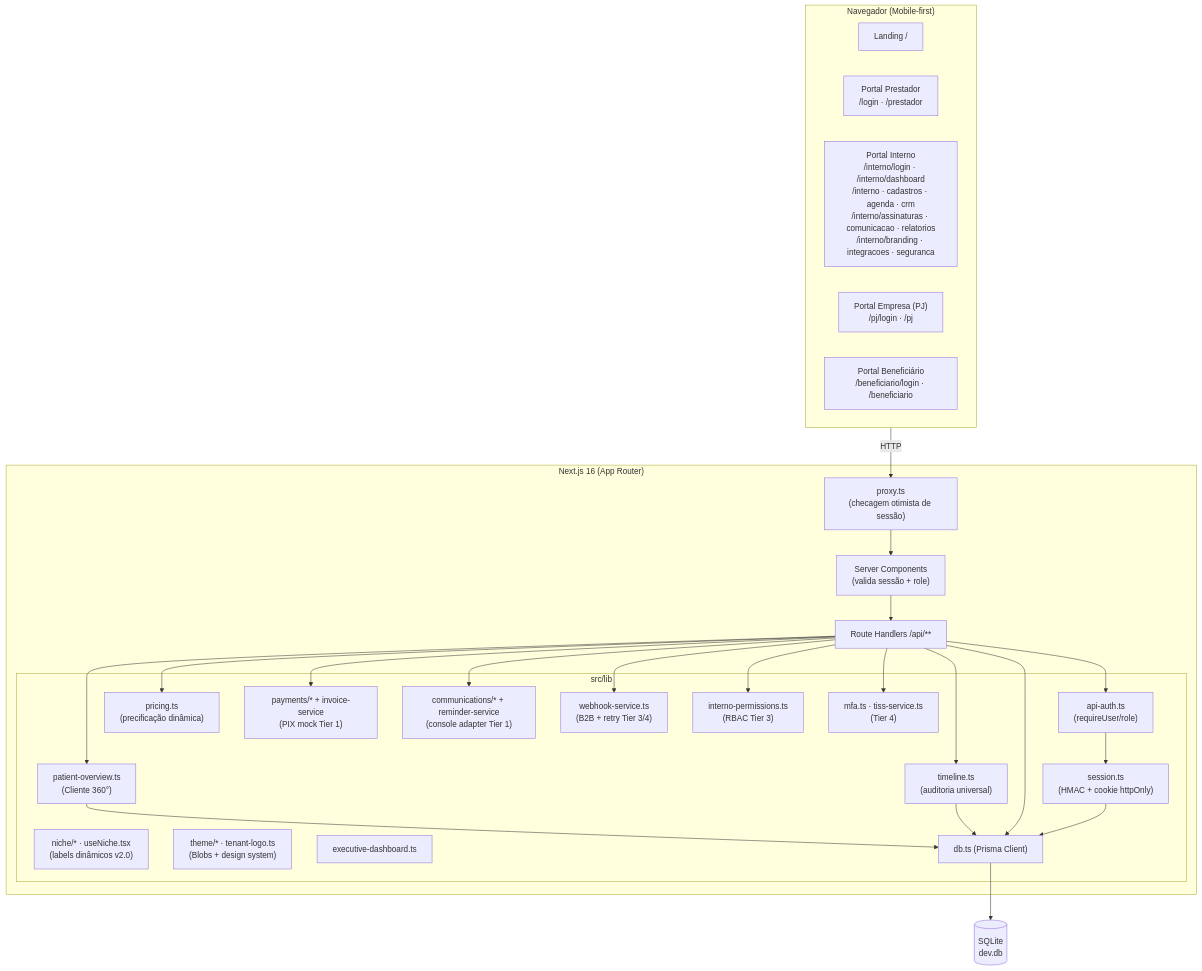
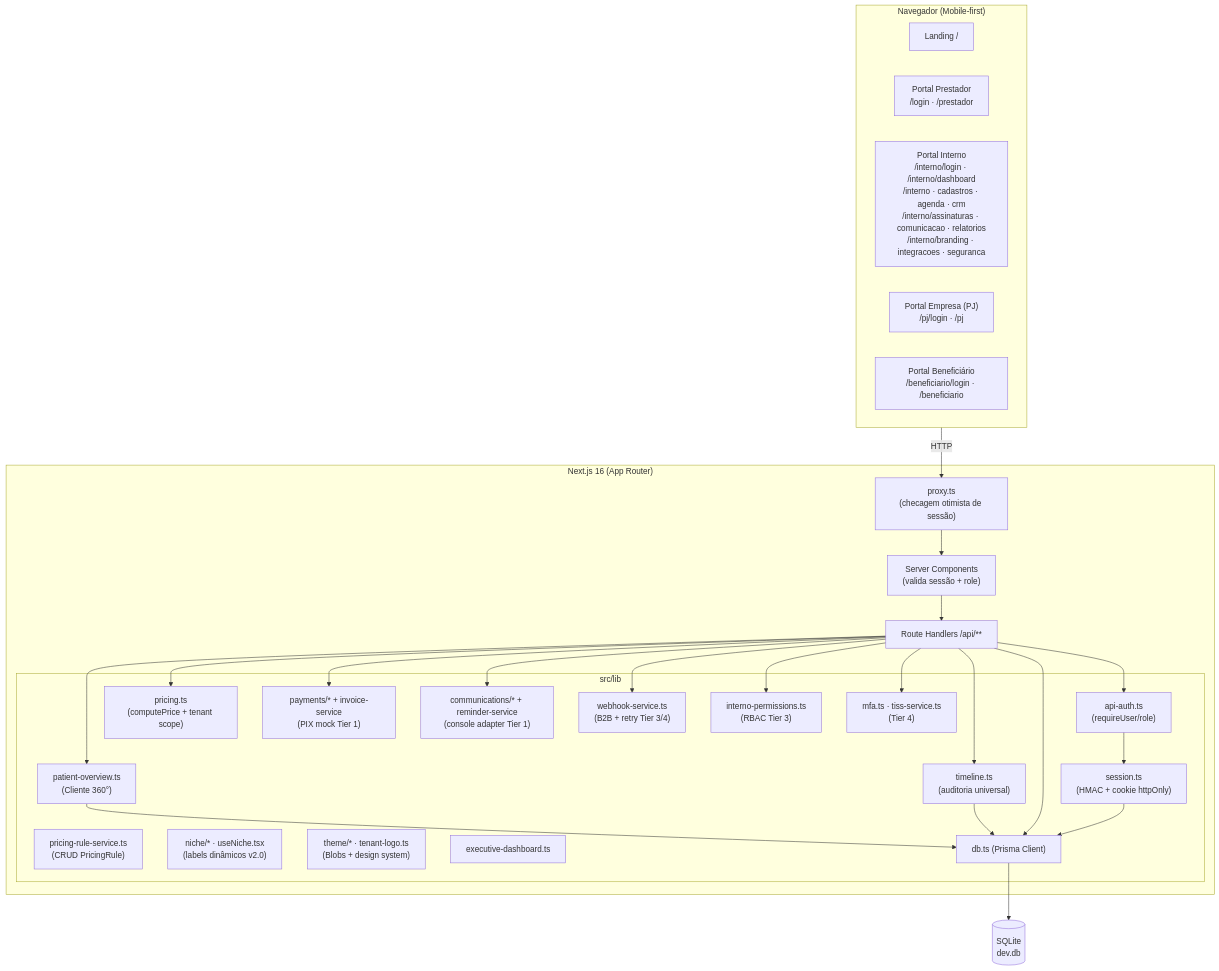
The fourth of 14 diagrams in docs/plataforma/ARQUITETURA.md (Piulres/sistema-bibi), drawn with Mermaid before and after one commit. The commit also changed other lines of this file and 3 other files, not shown here.

First line of the commit message:
docs: precificação B2B multi-tenant, auditoria e testes

````diff
--- a/docs/plataforma/ARQUITETURA.md
+++ b/docs/plataforma/ARQUITETURA.md
@@ -128,48 +128,49 @@
 ```mermaid
 flowchart TB
   subgraph Cliente["Navegador (Mobile-first)"]
     Land["Landing /"]
     PortP["Portal Prestador<br/>/login · /prestador"]
     PortI["Portal Interno<br/>/interno/login · /interno/dashboard<br/>/interno · cadastros · agenda · crm<br/>/interno/assinaturas · comunicacao · relatorios<br/>/interno/branding · integracoes · seguranca"]
     PortPJ["Portal Empresa (PJ)<br/>/pj/login · /pj"]
     PortBen["Portal Beneficiário<br/>/beneficiario/login · /beneficiario"]
   end
 
   subgraph Next["Next.js 16 (App Router)"]
     Proxy["proxy.ts<br/>(checagem otimista de sessão)"]
     Pages["Server Components<br/>(valida sessão + role)"]
     API["Route Handlers /api/**"]
     subgraph Lib["src/lib"]
       Sess["session.ts<br/>(HMAC + cookie httpOnly)"]
       Auth["api-auth.ts<br/>(requireUser/role)"]
-      Price["pricing.ts<br/>(precificação dinâmica)"]
+      Price["pricing.ts<br/>(computePrice + tenant scope)"]
+      PriceRules["pricing-rule-service.ts<br/>(CRUD PricingRule)"]
       Overview["patient-overview.ts<br/>(Cliente 360°)"]
       Timeline["timeline.ts<br/>(auditoria universal)"]
       Payments["payments/* + invoice-service<br/>(PIX mock Tier 1)"]
       Comms["communications/* + reminder-service<br/>(console adapter Tier 1)"]
       Webhooks["webhook-service.ts<br/>(B2B + retry Tier 3/4)"]
       RBAC["interno-permissions.ts<br/>(RBAC Tier 3)"]
       MFA["mfa.ts · tiss-service.ts<br/>(Tier 4)"]
       Niche["niche/* · useNiche.tsx<br/>(labels dinâmicos v2.0)"]
       Brand["theme/* · tenant-logo.ts<br/>(Blobs + design system)"]
       Dashboard["executive-dashboard.ts"]
       DB["db.ts (Prisma Client)"]
     end
   end
 
   SQLite[("SQLite<br/>dev.db")]
 
   Cliente -->|HTTP| Proxy --> Pages
   Pages --> API
   API --> Auth --> Sess
   API --> Price
   API --> Overview --> DB
   API --> Timeline --> DB
   API --> Payments
   API --> Comms
   API --> Webhooks
   API --> RBAC
   API --> MFA
   API --> DB --> SQLite
   Sess --> DB
 ```
````
